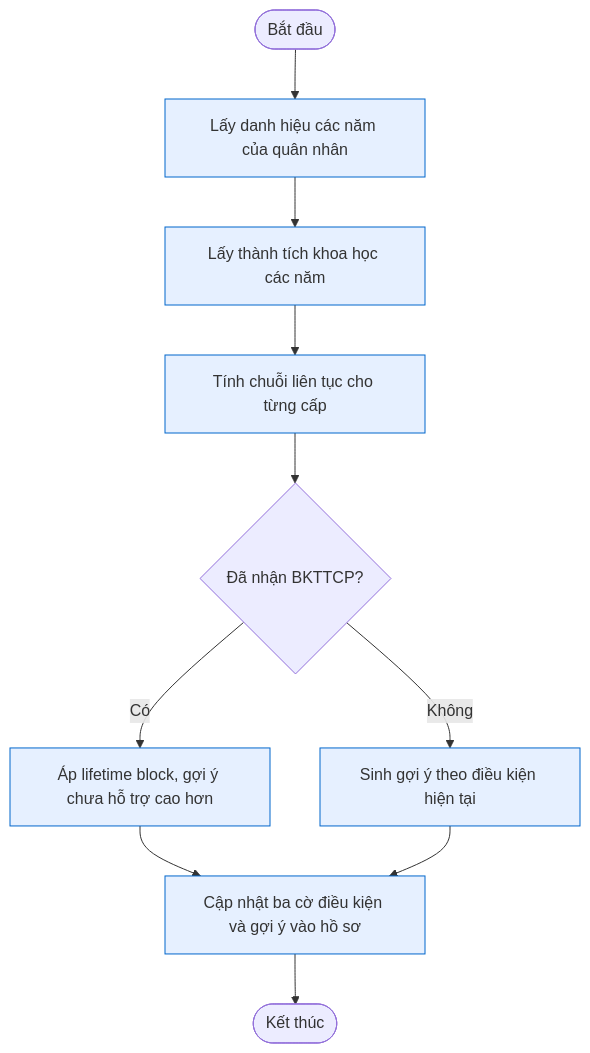
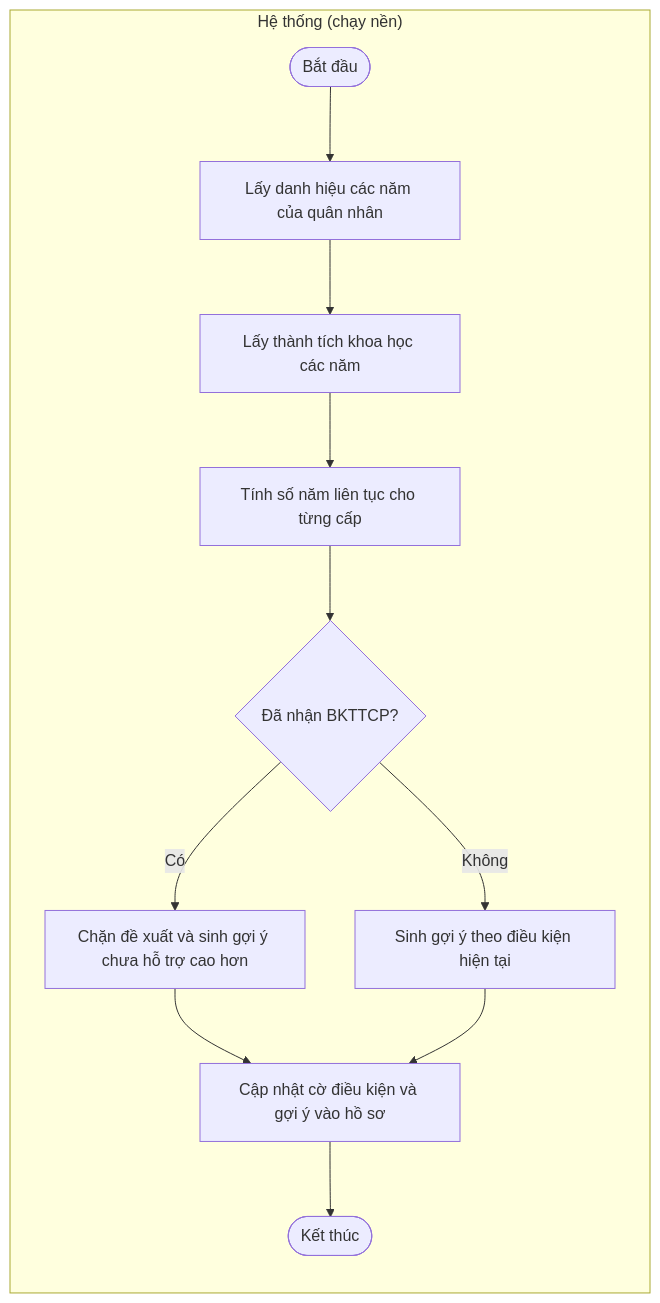
The fifth of 8 diagrams in docs/diagrams/02-activity.md (tranducbk/DATN_PM_QLKT), drawn with Mermaid before and after one commit. The commit also changed other lines of this file and 29 other files, not shown here.

First line of the commit message:
Update CLAUDE.md with additional validation rules and introduce new database schema

````diff
--- a/docs/diagrams/02-activity.md
+++ b/docs/diagrams/02-activity.md
@@ -164,19 +142,19 @@
 ```mermaid
-flowchart TD
-    Start([Bắt đầu])
-    S1[Lấy danh hiệu các năm của quân nhân]
-    S2[Lấy thành tích khoa học các năm]
-    S3[Tính chuỗi liên tục cho từng cấp]
-    D1{Đã nhận BKTTCP?}
-    S4[Áp lifetime block, gợi ý chưa hỗ trợ cao hơn]
-    S5[Sinh gợi ý theo điều kiện hiện tại]
-    S6[Cập nhật ba cờ điều kiện và gợi ý vào hồ sơ]
-    End([Kết thúc])
+flowchart LR
+    subgraph HeTHong["Hệ thống (chạy nền)"]
+        direction TB
+        Start([Bắt đầu])
+        S1[Lấy danh hiệu các năm của quân nhân]
+        S2[Lấy thành tích khoa học các năm]
+        S3[Tính số năm liên tục cho từng cấp]
+        D1{Đã nhận BKTTCP?}
+        S4[Chặn đề xuất và sinh gợi ý chưa hỗ trợ cao hơn]
+        S5[Sinh gợi ý theo điều kiện hiện tại]
+        S6[Cập nhật cờ điều kiện và gợi ý vào hồ sơ]
+        End([Kết thúc])
+    end
 
     Start --> S1 --> S2 --> S3 --> D1
-    D1 -- Có --> S4 --> S6
-    D1 -- Không --> S5 --> S6 --> End
-
-    classDef system fill:#e6f0ff,stroke:#0066cc
-    class S1,S2,S3,S4,S5,S6 system
+    D1 -- Có --> S4 --> S6 --> End
+    D1 -- Không --> S5 --> S6
 ```
````
